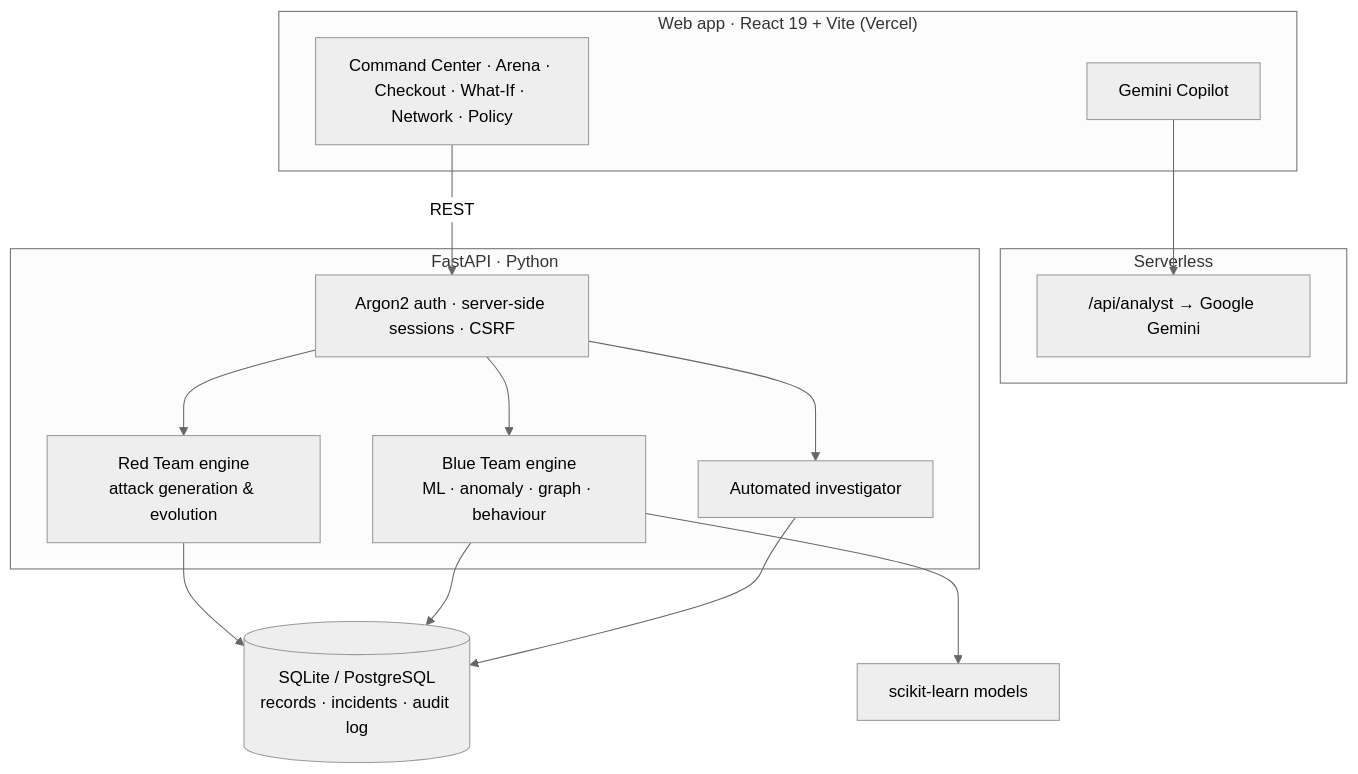
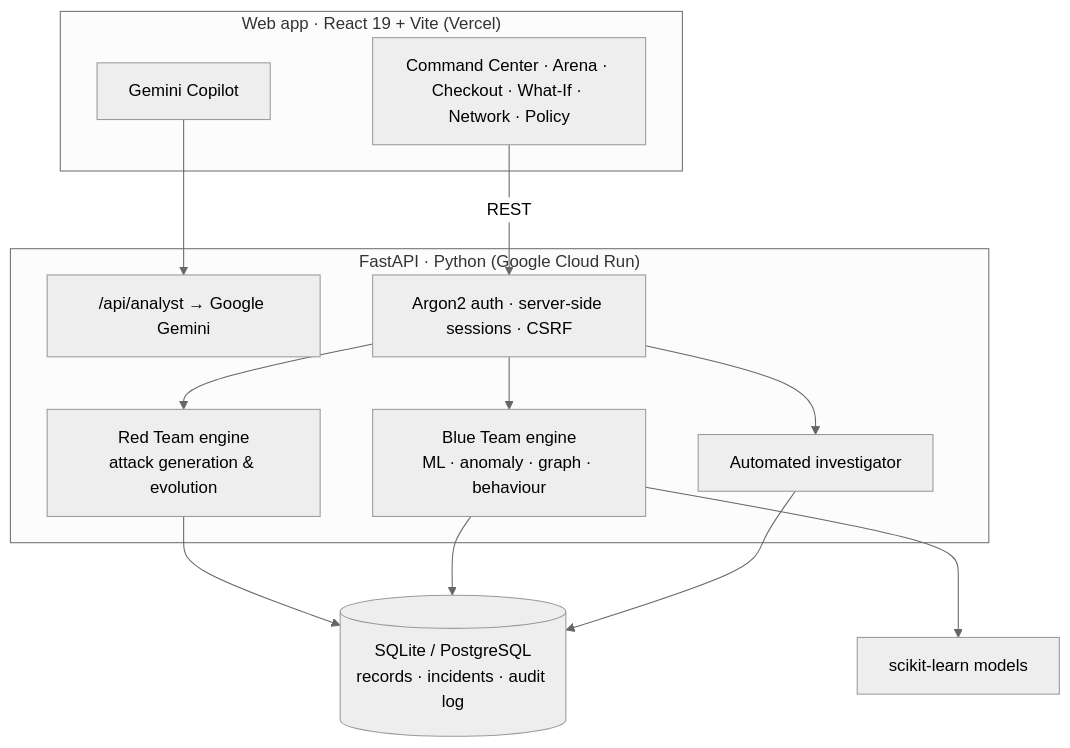
Before and after one commit to 6289subhasree/evopay: the second of 2 diagrams in README.md, drawn with Mermaid (neutral theme). The commit also changed other lines of this file and 13 other files, not shown here.

First line of the commit message:
change: Vercel web app + Google Cloud Run API (drop Firebase)

````diff
--- a/README.md
+++ b/README.md
@@ -114,23 +114,21 @@
 ```mermaid
 flowchart TB
     subgraph Client["Web app · React 19 + Vite (Vercel)"]
         UI["Command Center · Arena · Checkout · What-If · Network · Policy"]
         COP["Gemini Copilot"]
     end
-    subgraph Edge["Serverless"]
+    subgraph Backend["FastAPI · Python (Google Cloud Run)"]
         AN["/api/analyst → Google Gemini"]
-    end
-    subgraph Backend["FastAPI · Python"]
         AUTH["Argon2 auth · server-side sessions · CSRF"]
         RED["Red Team engine<br/>attack generation & evolution"]
         BLUE["Blue Team engine<br/>ML · anomaly · graph · behaviour"]
         INV["Automated investigator"]
     end
     DB[("SQLite / PostgreSQL<br/>records · incidents · audit log")]
     MODELS["scikit-learn models"]
     UI -->|REST| AUTH
     COP --> AN
     AUTH --> RED & BLUE & INV
     BLUE --> MODELS
     RED & BLUE & INV --> DB
 ```
````
